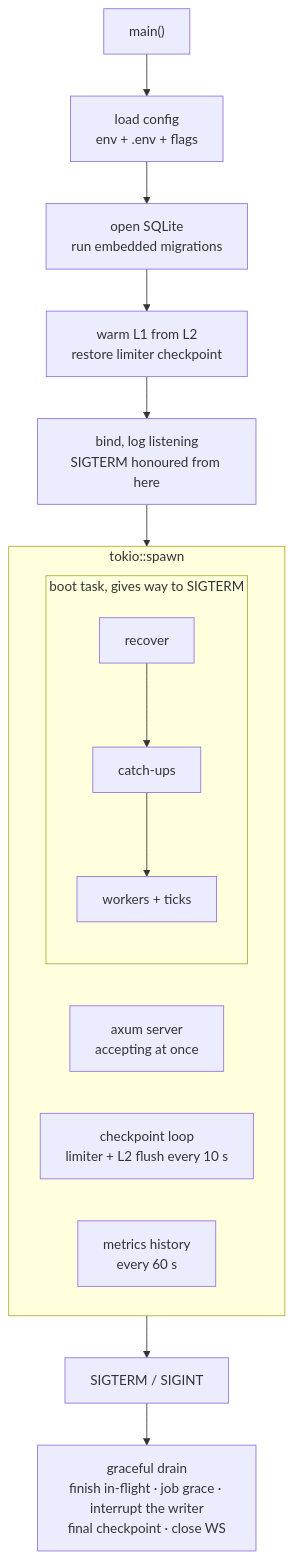
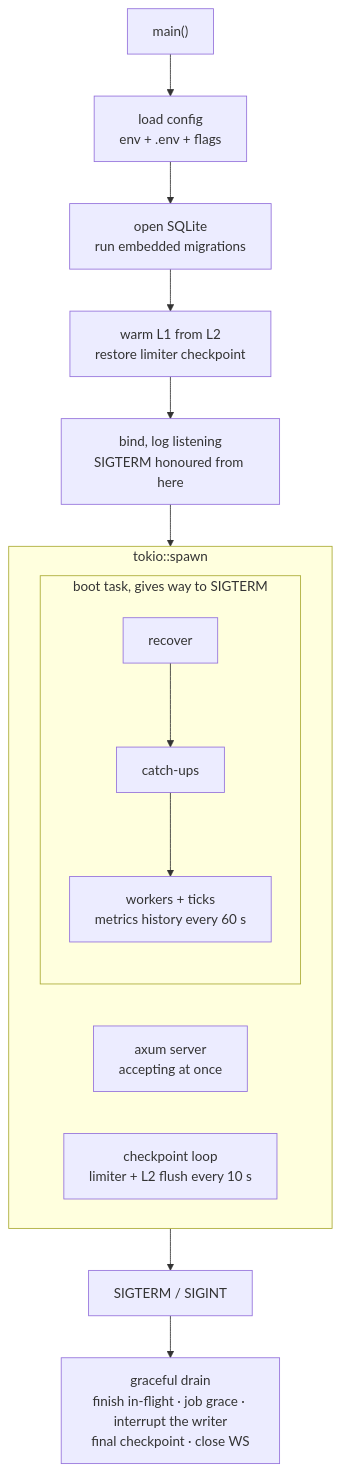
Before and after one commit to NinjaGoldfinch/riot-proxy: the fifth of 5 diagrams in docs/design/03-architecture.md, drawn with Mermaid. The commit also changed other lines of this file and 28 other files, not shown here.

````diff
--- a/docs/design/03-architecture.md
+++ b/docs/design/03-architecture.md
@@ -141,18 +141,17 @@
 ```mermaid
 flowchart TB
     main["main()"] --> cfg[load config<br/>env + .env + flags]
     cfg --> db[open SQLite<br/>run embedded migrations]
     db --> warm[warm L1 from L2<br/>restore limiter checkpoint]
     warm --> bind["bind, log listening<br/>SIGTERM honoured from here"]
     bind --> spawn
     subgraph spawn["tokio::spawn"]
         srv[axum server<br/>accepting at once]
         subgraph boot["boot task, gives way to SIGTERM"]
-            rec[recover] --> cu[catch-ups] --> sch[workers + ticks]
+            rec[recover] --> cu[catch-ups] --> sch[workers + ticks<br/>metrics history every 60 s]
         end
         ck[checkpoint loop<br/>limiter + L2 flush every 10 s]
-        hb[metrics history<br/>every 60 s]
     end
     spawn --> sig[SIGTERM / SIGINT]
     sig --> drain["graceful drain<br/>finish in-flight · job grace · interrupt the writer<br/>final checkpoint · close WS"]
 ```
````
